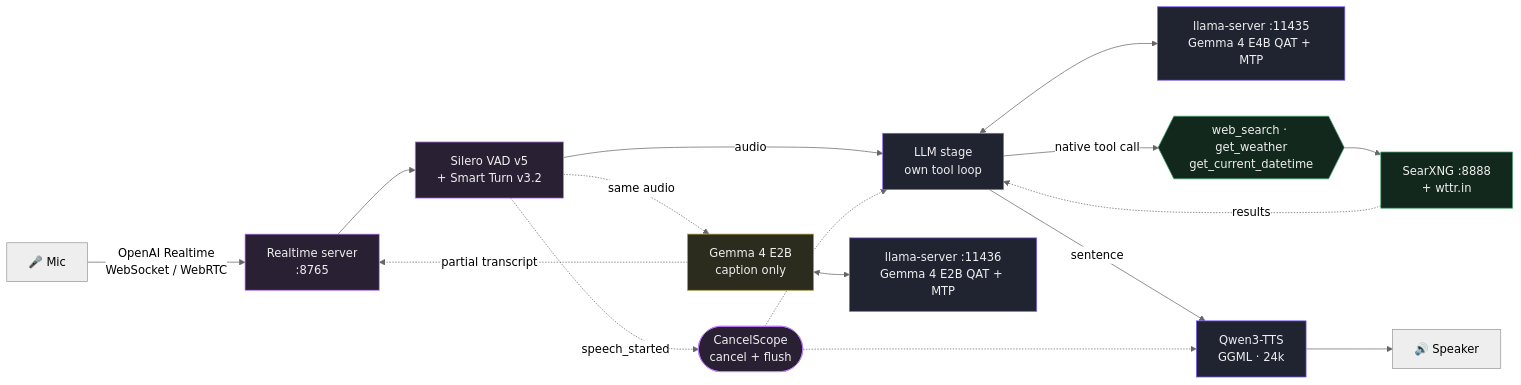
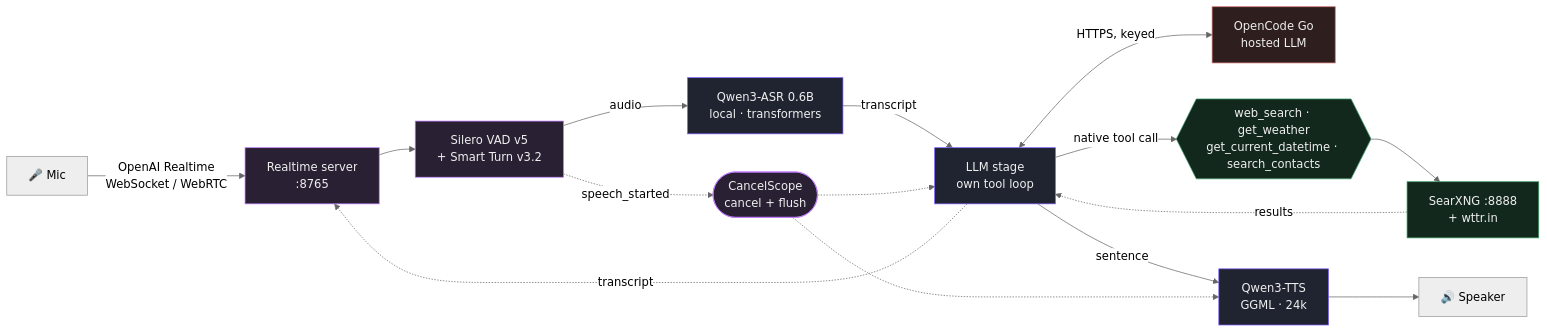
The diagram in README.md (vieenrose/voice-chat), drawn with Mermaid (neutral theme) before and after one commit. The commit also changed other lines of this file and 20 other files, not shown here.

First line of the commit message:
feat: cloud-llm architecture — Qwen3-ASR STT, hosted LLM, live thinking panel

````diff
--- a/README.md
+++ b/README.md
@@ -17,27 +22,26 @@
 ```mermaid
 flowchart LR
     Mic["🎤 Mic"] -->|OpenAI Realtime<br/>WebSocket / WebRTC| RT["Realtime server<br/>:8765"]
     RT --> VAD["Silero VAD v5<br/>+ Smart Turn v3.2"]
-    VAD -->|audio| AG["LLM stage<br/>own tool loop"]
-    VAD -.->|same audio| XA["Gemma 4 E2B<br/>caption only"]
-    XA -.->|partial transcript| RT
-    AG <--> LLM["llama-server :11435<br/>Gemma 4 E4B QAT + MTP"]
-    XA <--> LLM2["llama-server :11436<br/>Gemma 4 E2B QAT + MTP"]
-    AG -->|native tool call| T{{"web_search · get_weather<br/>get_current_datetime"}}
+    VAD -->|audio| STT["Qwen3-ASR 0.6B<br/>local · transformers"]
+    STT -->|transcript| AG["LLM stage<br/>own tool loop"]
+    AG -.->|transcript| RT
+    AG <-->|HTTPS, keyed| LLM["OpenCode Go<br/>hosted LLM"]
+    AG -->|native tool call| T{{"web_search · get_weather<br/>get_current_datetime · search_contacts"}}
     T --> SX["SearXNG :8888<br/>+ wttr.in"]
     SX -.results.-> AG
     AG -->|sentence| TTS["Qwen3-TTS<br/>GGML · 24k"]
     TTS --> SPK["🔊 Speaker"]
     VAD -.->|speech_started| CS(["CancelScope<br/>cancel + flush"])
     CS -.-> AG
     CS -.-> TTS
 
     classDef m fill:#1f2430,stroke:#7c5cff,color:#eee
     classDef s fill:#12281c,stroke:#3f9e6a,color:#eee
     classDef f fill:#2a2033,stroke:#c07cff,color:#eee
-    classDef c fill:#2b2b1e,stroke:#a89b3f,color:#eee
-    class LLM,LLM2,TTS,AG m
-    class XA c
+    classDef cloud fill:#2e1e1e,stroke:#d16b6b,color:#eee
+    class TTS,AG,STT m
+    class LLM cloud
     class SX,T s
     class RT,VAD,CS f
 ```
````
